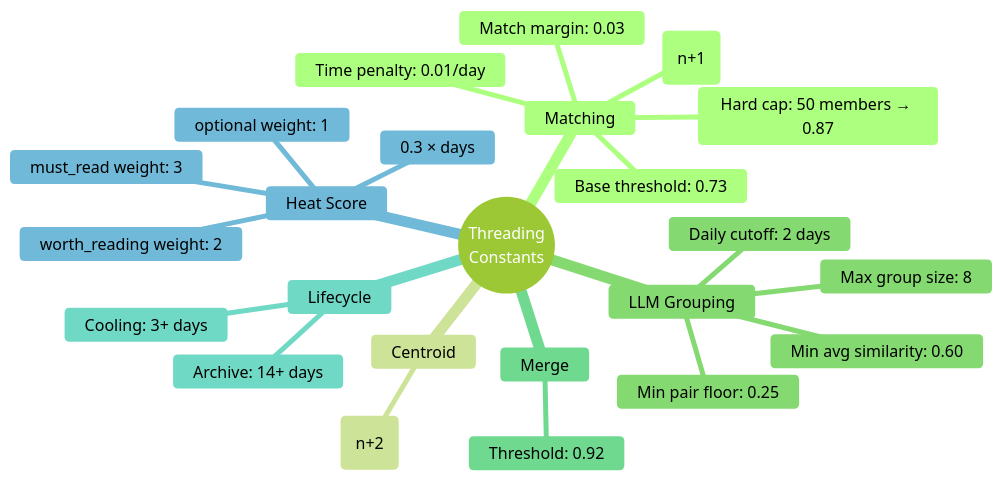
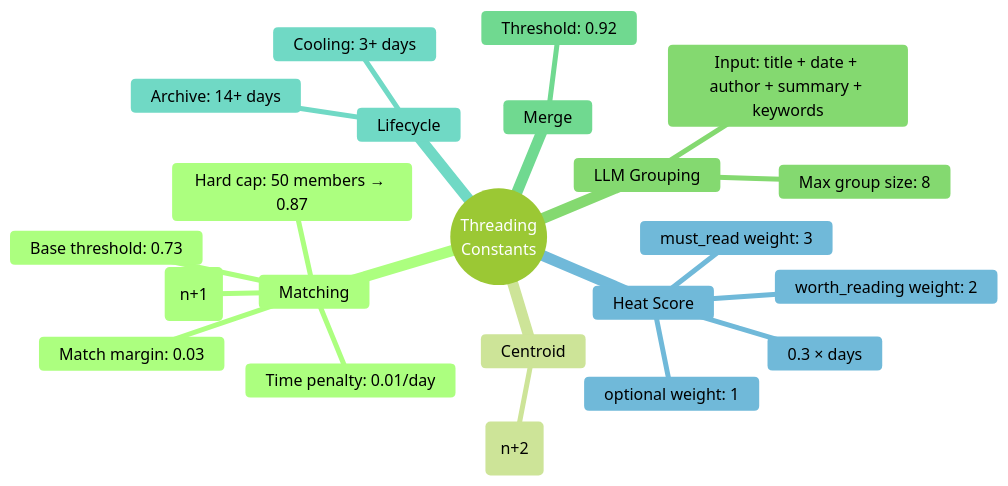
The ninth of 9 diagrams in docs/1.2-news-threading-visual.md (choym92/araverus), drawn with Mermaid (forest theme) before and after one commit. The commit also changed other lines of this file and 35 other files, not shown here.

````diff
--- a/docs/1.2-news-threading-visual.md
+++ b/docs/1.2-news-threading-visual.md
@@ -296,27 +287,25 @@
 ```mermaid
 mindmap
   root((Threading<br/>Constants))
     Matching
       Base threshold: 0.73
       Time penalty: 0.01/day
       Size penalty: 0.04 × ln(n+1)
       Hard cap: 50 members → 0.87
       Match margin: 0.03
     Centroid
       EMA alpha: 0.1 / ln(n+2)
     LLM Grouping
-      Min avg similarity: 0.60
-      Min pair floor: 0.25
       Max group size: 8
-      Daily cutoff: 2 days
+      Input: title + date + author + summary + keywords
     Merge
       Threshold: 0.92
     Lifecycle
       Cooling: 3+ days
       Archive: 14+ days
     Heat Score
       must_read weight: 3
       worth_reading weight: 2
       optional weight: 1
       Decay: e^(-0.3 × days)
 ```
````
